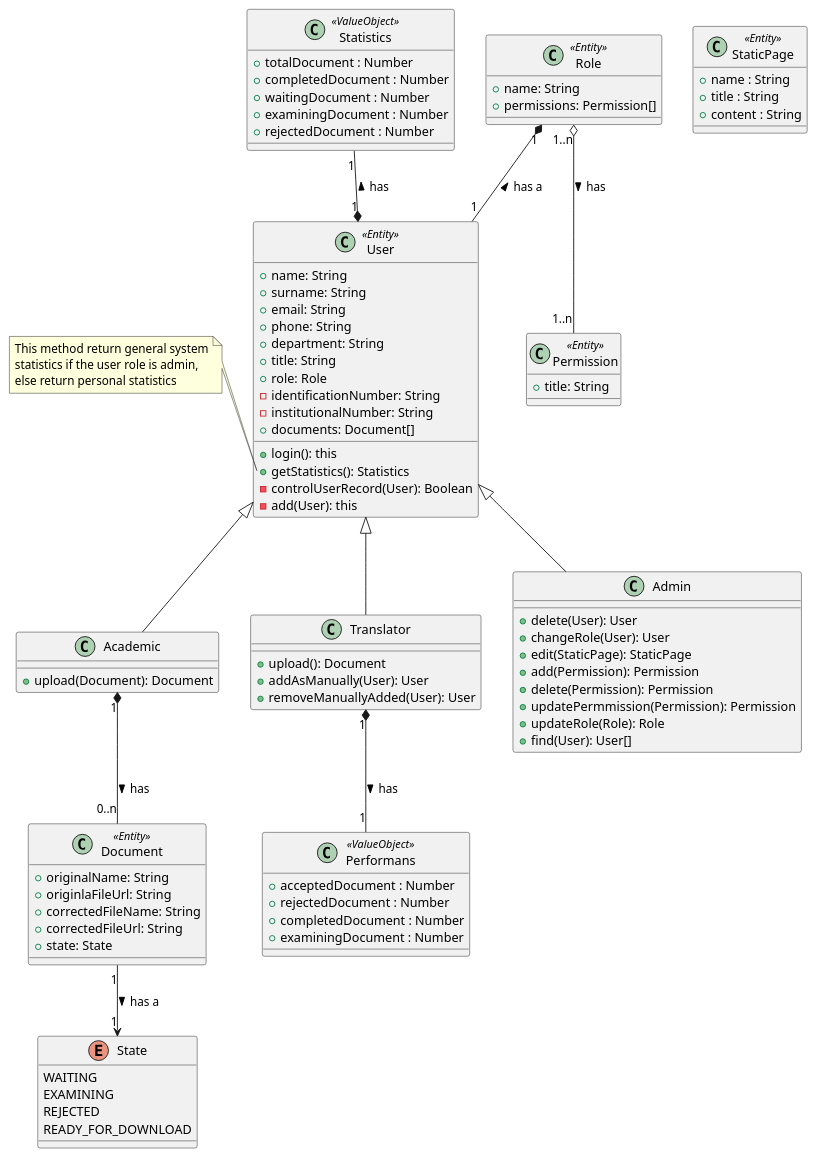
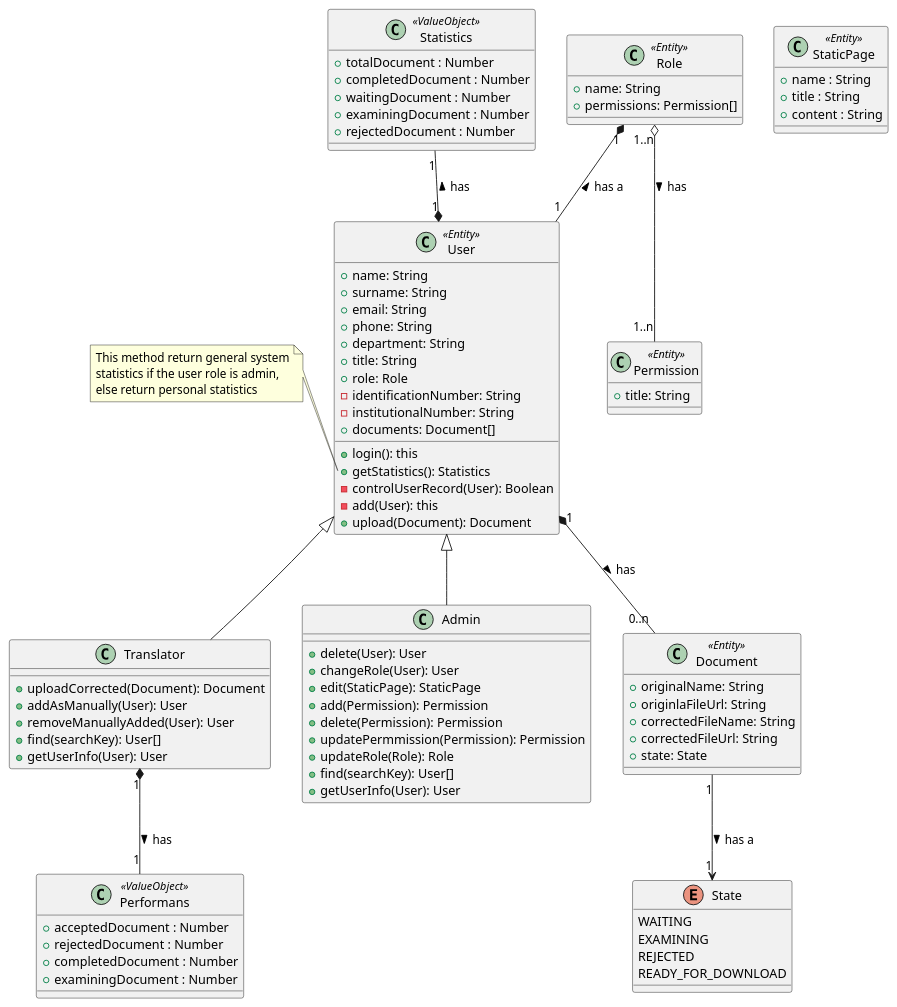
Before and after one commit to uygaraydin/academic-paper-proofreading: the diagram in class-diagram.puml, drawn with PlantUML. The commit also changed 2 other files, not shown here.

Commit message:
academic user was removed from the class diagram and classes was updated as these changes

```diff
--- a/class-diagram.puml
+++ b/class-diagram.puml
@@ -1,104 +1,102 @@
 @startuml ATCS
 
 class User <<Entity>> {
   + name: String
   + surname: String
   + email: String
   + phone: String
   + department: String
   + title: String
   + role: Role
   - identificationNumber: String
   - institutionalNumber: String
   + documents: Document[]
   + login(): this
   + getStatistics(): Statistics
   - controlUserRecord(User): Boolean
   - add(User): this
+  + upload(Document): Document
 }
 note left of User::getStatistics
 This method return general system
 statistics if the user role is admin,
 else return personal statistics
 end note
 
-
-class Academic {
-  + upload(Document): Document
-}
-
 class Translator {
-  + upload(): Document
+  + uploadCorrected(Document): Document
   + addAsManually(User): User
   + removeManuallyAdded(User): User
+  + find(searchKey): User[]
+  + getUserInfo(User): User
 }
 
 class Admin {
   + delete(User): User
   + changeRole(User): User
   + edit(StaticPage): StaticPage
   + add(Permission): Permission
   + delete(Permission): Permission
   + updatePermmission(Permission): Permission
   + updateRole(Role): Role
-  + find(User): User[]
+  + find(searchKey): User[]
+  + getUserInfo(User): User
 }
 
 class Statistics <<ValueObject>> {
   + totalDocument : Number
   + completedDocument : Number
   + waitingDocument : Number
   + examiningDocument : Number
   + rejectedDocument : Number
 }
 
 class Performans <<ValueObject>> {
   + acceptedDocument : Number
   + rejectedDocument : Number
   + completedDocument : Number
   + examiningDocument : Number
 }
 
 class StaticPage <<Entity>> {
   + name : String
   + title : String
   + content : String
 }
 
 class Document <<Entity>> {
   + originalName: String
   + originlaFileUrl: String
   + correctedFileName: String
   + correctedFileUrl: String
   + state: State
 }
 
 class Role <<Entity>> {
   + name: String
   + permissions: Permission[]
 }
 
 class Permission <<Entity>> {
   + title: String
 }
 
 enum State {
   WAITING
   EXAMINING
   REJECTED
   READY_FOR_DOWNLOAD
 }
 
 
-Academic -up-|> User
 Translator -up-|> User
 Admin -up-|> User
-Academic "1" *-- "0..n" Document : has >
+User "1" *-- "0..n" Document : has >
 Document "1" --> "1" State : has a >
 Role "1" *-- "1" User : has a <
 Role "1..n" o-- "1..n" Permission : has >
 User "1" *-up- "1" Statistics : has >
 Translator "1" *-- "1" Performans : has >
 
 
 @enduml
```
